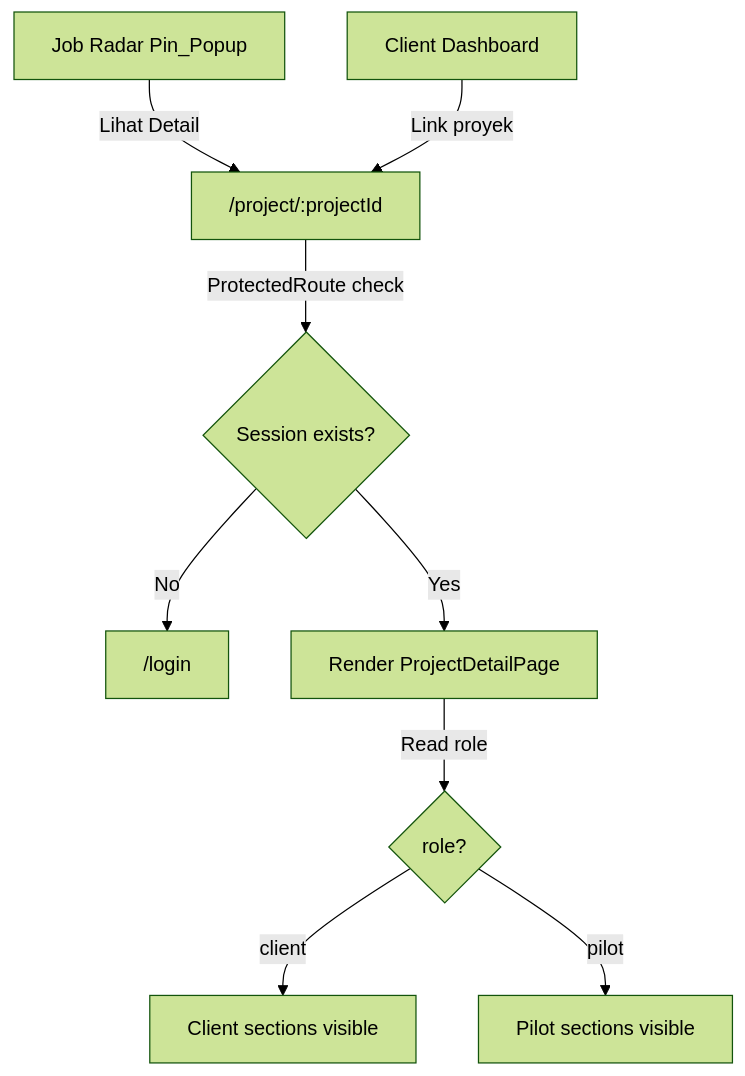
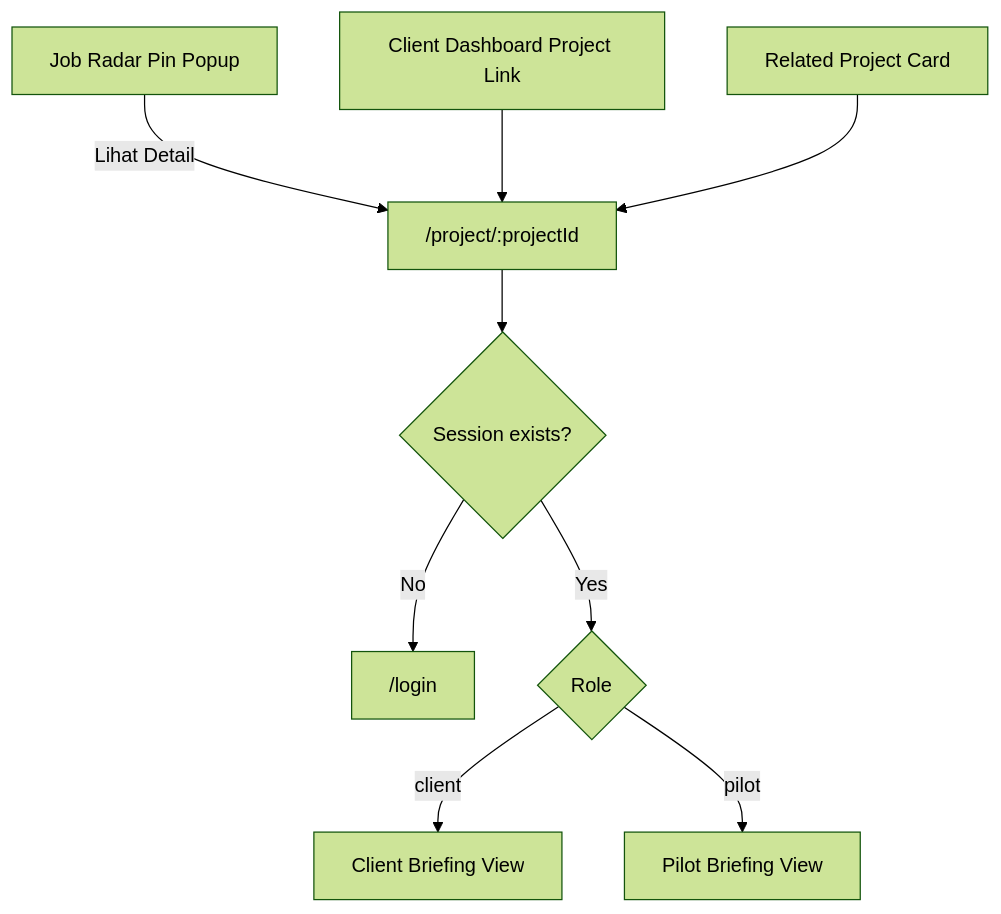
One commit to heyimflh/SIAGA-WEB changed the second of 3 diagrams in .kiro/specs/project-detail-page/design.md. Above: the diagram before and after it, drawn with Mermaid (forest theme). The commit also changed other lines of this file and 16 other files, not shown here.

Commit message:
deploy: ready for production - full page integration, sidebar features, settings, bidding, asset map, project list

````diff
--- a/.kiro/specs/project-detail-page/design.md
+++ b/.kiro/specs/project-detail-page/design.md
@@ -96,11 +334,13 @@
 ```mermaid
 flowchart TD
-    JR[Job Radar Pin_Popup] -->|"Lihat Detail"| PDP["/project/:projectId"]
-    CD[Client Dashboard] -->|"Link proyek"| PDP
-    PDP -->|"ProtectedRoute check"| Auth{Session exists?}
+    JR[Job Radar Pin Popup] -->|"Lihat Detail"| PDP["/project/:projectId"]
+    CD[Client Dashboard Project Link] --> PDP
+    RP[Related Project Card] --> PDP
+
+    PDP --> Auth{Session exists?}
     Auth -->|No| Login["/login"]
-    Auth -->|Yes| Render[Render ProjectDetailPage]
-    Render -->|"Read role"| Role{role?}
-    Role -->|client| ClientView[Client sections visible]
-    Role -->|pilot| PilotView[Pilot sections visible]
+    Auth -->|Yes| Role{Role}
+
+    Role -->|client| ClientView[Client Briefing View]
+    Role -->|pilot| PilotView[Pilot Briefing View]
 ```
````
